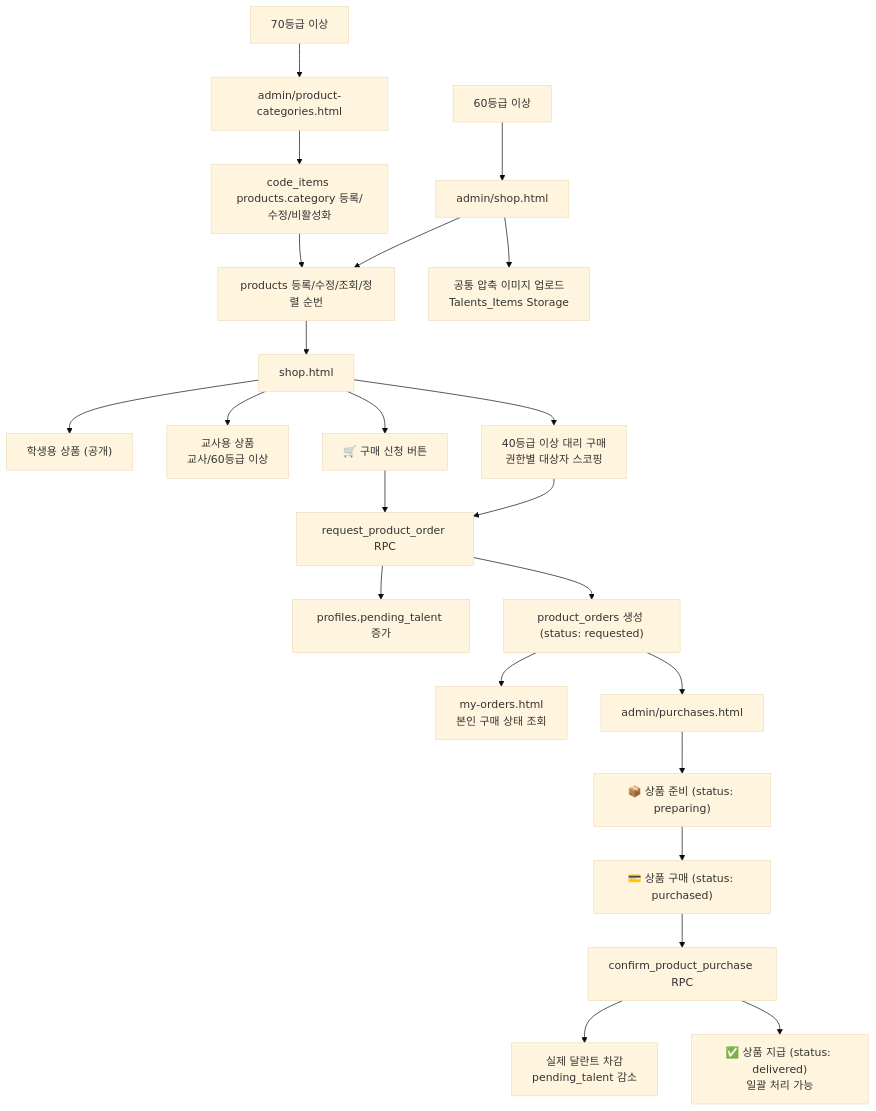
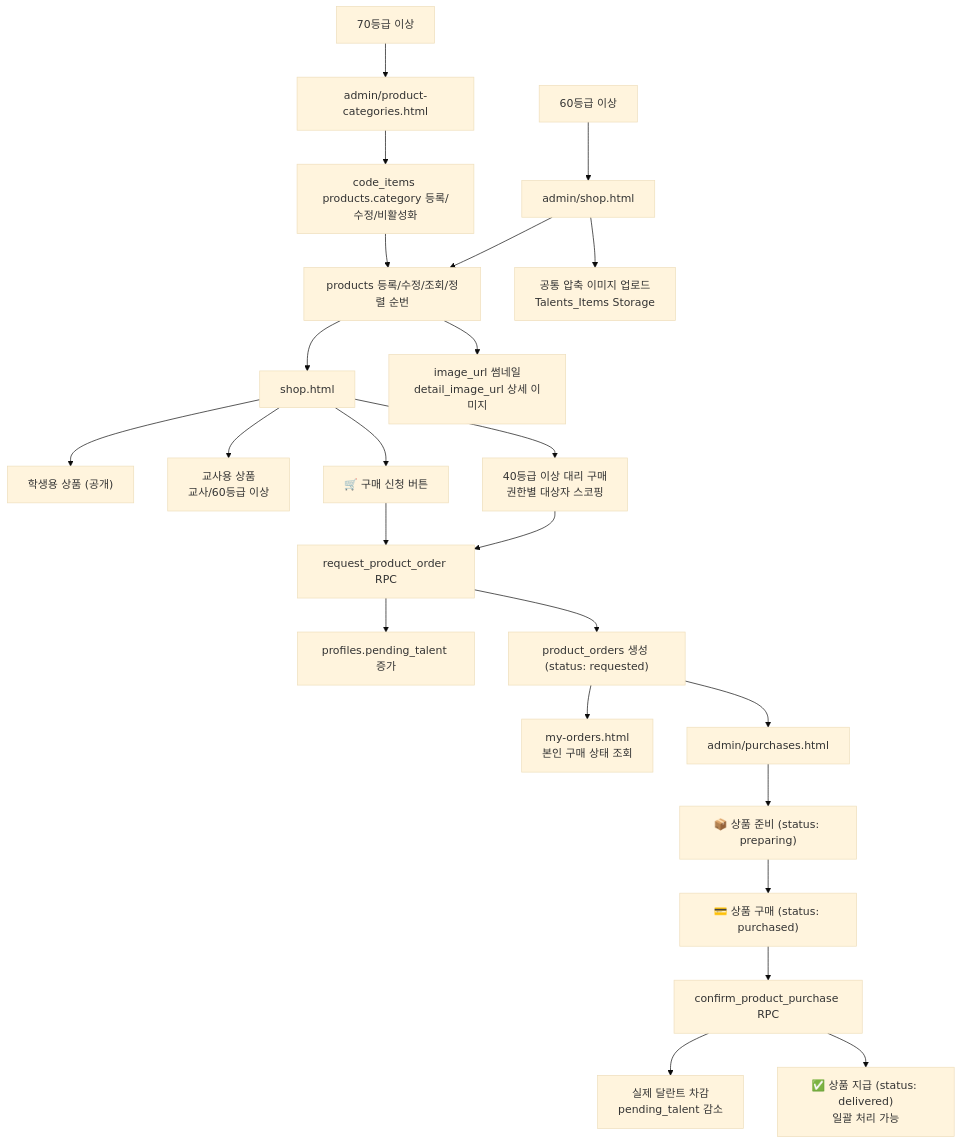
Before and after one commit to CHO-Talents-Test/CHO-Talents-Test: diagram 12 of 16 in docs/PROJECT_ARCHITECTURE_FLOW.md, drawn with Mermaid (base theme). The commit also changed other lines of this file and 32 other files, not shown here.

````diff
--- a/docs/PROJECT_ARCHITECTURE_FLOW.md
+++ b/docs/PROJECT_ARCHITECTURE_FLOW.md
@@ -515,27 +515,28 @@
 ```mermaid
 flowchart TD
   Manager["60등급 이상"] --> ManageShop["admin/shop.html"]
   CategoryManager["70등급 이상"] --> ManageCategories["admin/product-categories.html"]
   ManageCategories --> CategoryCRUD["code_items products.category 등록/수정/비활성화"]
   ManageShop --> ProductCRUD["products 등록/수정/조회/정렬 순번"]
   CategoryCRUD --> ProductCRUD
   ManageShop --> Upload["공통 압축 이미지 업로드<br/>Talents_Items Storage"]
   ProductCRUD --> PublicShop["shop.html"]
+  ProductCRUD --> Images["image_url 썸네일<br/>detail_image_url 상세 이미지"]
   PublicShop --> Student["학생용 상품 (공개)"]
   PublicShop --> Teacher["교사용 상품<br/>교사/60등급 이상"]
 
   PublicShop --> OrderBtn["🛒 구매 신청 버튼"]
   PublicShop --> ProxyBtn["40등급 이상 대리 구매<br/>권한별 대상자 스코핑"]
   ProxyBtn --> OrderRPC
   OrderBtn --> OrderRPC["request_product_order RPC"]
   OrderRPC --> PendingTalent["profiles.pending_talent 증가"]
   OrderRPC --> OrderRecord["product_orders 생성 (status: requested)"]
   OrderRecord --> MyOrders["my-orders.html<br/>본인 구매 상태 조회"]
 
   OrderRecord --> PurchasePage["admin/purchases.html"]
   PurchasePage --> Preparing["📦 상품 준비 (status: preparing)"]
   Preparing --> Purchased["💳 상품 구매 (status: purchased)"]
   Purchased --> ConfirmRPC["confirm_product_purchase RPC"]
   ConfirmRPC --> Deduct["실제 달란트 차감<br/>pending_talent 감소"]
   ConfirmRPC --> Delivered["✅ 상품 지급 (status: delivered)<br/>일괄 처리 가능"]
 ```
````
